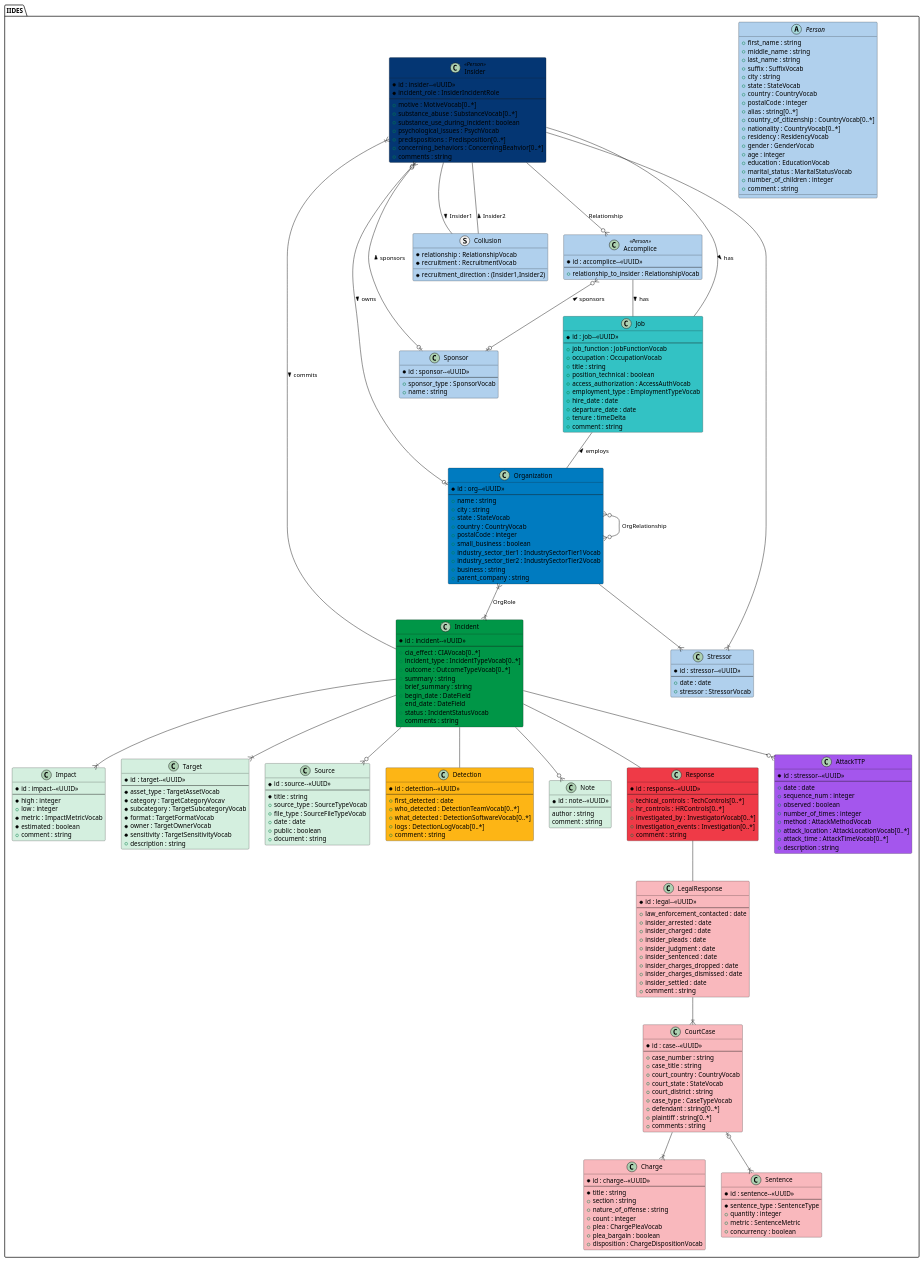
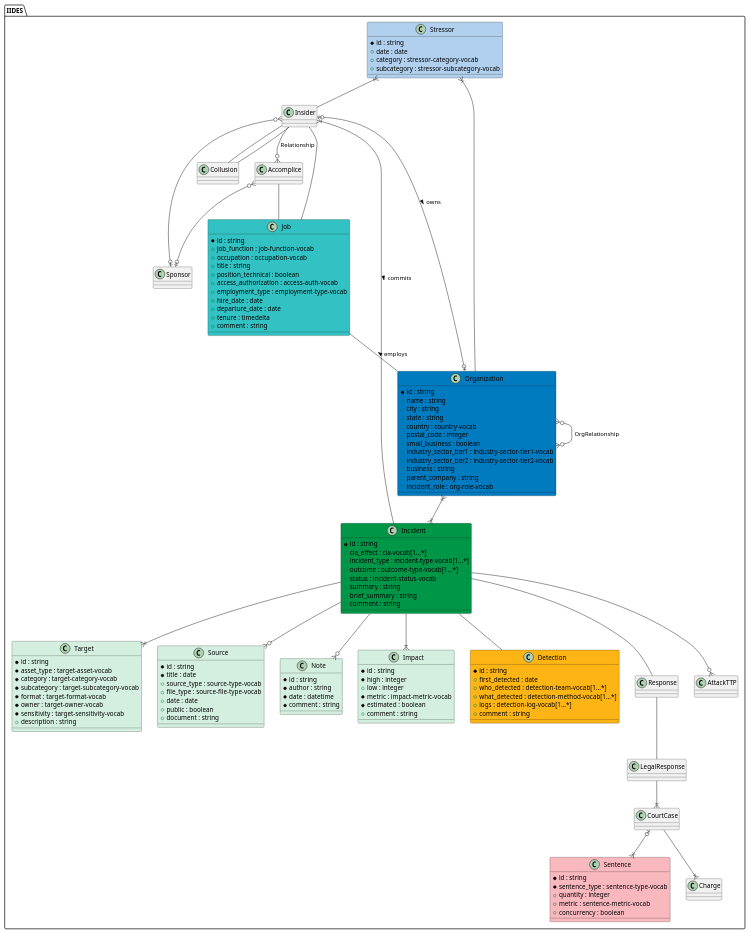
One commit to cmu-sei/iides changed the diagram in UML/source/iides.wsd. Above: the diagram before and after it, drawn with PlantUML. The commit also changed 6 other files, not shown here.

Commit message:
Update UML

```diff
--- a/UML/source/iides.wsd
+++ b/UML/source/iides.wsd
@@ -1,232 +1,111 @@
 @startuml IIDES
 package "IIDES" #fff {
 
-    abstract Person #b0d0ed {
-        + first_name : string
-        + middle_name : string
-        + last_name : string
-        + suffix : SuffixVocab
-        + city : string
-        + state : StateVocab
-        + country : CountryVocab
-        + postalCode : integer
-        + alias : string[0..*]
-        + country_of_citizenship : CountryVocab[0..*]
-        + nationality : CountryVocab[0..*]
-        + residency : ResidencyVocab
-        + gender : GenderVocab
-        + age : integer
-        + education : EducationVocab
-        + marital_status : MaritalStatusVocab
-        + number_of_children : integer
-        + comment : string
-    }
 
-    class Insider <<Person>> #043673 {
-        * id : insider--<<UUID>>
-        * incident_role : InsiderIncidentRole
-        --
-        + motive : MotiveVocab[0..*]
-        + substance_abuse : SubstanceVocab[0..*]
-        + substance_use_during_incident : boolean
-        + psychological_issues : PsychVocab
-        + predispositions : Predisposition[0..*]
-        + concerning_behaviors : ConcerningBeahvior[0..*]
-        + comments : string
-    }
-
-    class Accomplice <<Person>> #b0d0ed {
-        * id : accomplice--<<UUID>>
-        --
-        + relationship_to_insider : RelationshipVocab
-    }
-
-    struct Collusion #b0d0ed {
-        * relationship : RelationshipVocab
-        * recruitment : RecruitmentVocab
-        * recruitment_direction : (Insider1,Insider2)
-    }
-
-    class Organization #007BC0 {
-        * id : org--<<UUID>>
-        --
-        + name : string
-        + city : string
-        + state : StateVocab
-        + country : CountryVocab
-        + postalCode : integer
-        + small_business : boolean
-        + industry_sector_tier1 : IndustrySectorTier1Vocab
-        + industry_sector_tier2 : IndustrySectorTier2Vocab
-        + business : string
-        + parent_company : string
-    }
-
-    class Sponsor #b0d0ed {
-        * id : sponsor--<<UUID>>
-        --
-        + sponsor_type : SponsorVocab
-        + name : string
-    }
-    class Incident #009647 {
-        * id : incident--<<UUID>>
-        --
-        + cia_effect : CIAVocab[0..*]
-        + incident_type : IncidentTypeVocab[0..*]
-        + outcome : OutcomeTypeVocab[0..*]
-        + summary : string
-        + brief_summary : string
-        + begin_date : DateField
-        + end_date : DateField
-        + status : IncidentStatusVocab
-        + comments : string
-    }
-
-    class Job #33c2C4 {
-        * id : job--<<UUID>>
-        --
-        + job_function : JobFunctionVocab
-        + occupation : OccupationVocab
-        + title : string
-        + position_technical : boolean
-        + access_authorization : AccessAuthVocab
-        + employment_type : EmploymentTypeVocab
-        + hire_date : date
-        + departure_date : date
-        + tenure : timeDelta
-        + comment : string
-    }
-    class Impact #D4EFDF {
-        * id : impact--<<UUID>>
-        --
-        * high : integer
-        + low : integer
-        * metric : ImpactMetricVocab
-        * estimated : boolean
-        + comment : string
-    }
-    class Target #D4EFDF {
-        * id : target--<<UUID>>
-        --
-        * asset_type : TargetAssetVocab
-        * category : TargetCategoryVocav
-        * subcategory : TargetSubcategoryVocab
-        * format : TargetFormatVocab
-        * owner : TargetOwnerVocab
-        * sensitivity : TargetSensitivityVocab
-        + description : string
-    }
-    class Source #D4EFDF {
-        * id : source--<<UUID>>
-        --
-        * title : string
-        + source_type : SourceTypeVocab
-        + file_type : SourceFileTypeVocab
-        + date : date
-        + public : boolean
-        + document : string
-    }
-    class CourtCase #f9b8bd {
-        * id : case--<<UUID>>
-        --
-        + case_number : string
-        + case_title : string
-        + court_country : CountryVocab
-        + court_state : StateVocab
-        + court_district : string
-        + case_type : CaseTypeVocab
-        + defendant : string[0..*]
-        + plaintiff : string[0..*]
-        + comments : string
-    }
-    class Charge #f9b8bd {
-        * id : charge--<<UUID>>
-        --
-        * title : string
-        + section : string
-        + nature_of_offense : string
-        + count : integer
-        + plea : ChargePleaVocab
-        + plea_bargain : boolean
-        + disposition : ChargeDispositionVocab
-    }
-    class Sentence #f9b8bd {
-        * id : sentence--<<UUID>>
-        --
-        * sentence_type : SentenceType
-        + quantity : integer
-        + metric : SentenceMetric
-        + concurrency : boolean
-    }
-    class Detection #FDB515 {
-        * id : detection--<<UUID>>
-        --
-        + first_detected : date
-        + who_detected : DetectionTeamVocab[0..*]
-        + what_detected : DetectionSoftwareVocab[0..*]
-        + logs : DetectionLogVocab[0..*]
-        + comment : string
-    }
-    class Note #D4EFDF {
-        * id : note--<<UUID>>
-        --
-        author : string
-        comment : string
-    }
-    class Response #EF3A47 {
-        * id : response--<<UUID>>
-        --
-        + techical_controls : TechControls[0..*]
-        + hr_controls :  HRControls[0..*]
-        + investigated_by : InvestigatorVocab[0..*]
-        + investigation_events : Investigation[0..*]
-        + comment : string
-    }
-    class LegalResponse #f9b8bd {
-        * id : legal--<<UUID>>
-        --
-        + law_enforcement_contacted : date
-        + insider_arrested : date
-        + insider_charged : date
-        + insider_pleads : date
-        + insider_judgment : date
-        + insider_sentenced : date
-        + insider_charges_dropped : date
-        + insider_charges_dismissed : date
-        + insider_settled : date
-        + comment : string
-    }
-    class Stressor #b0d0ed {
-        * id : stressor--<<UUID>>
-        --
-        + date : date
-        + stressor : StressorVocab
-    }
-    class AttackTTP #A456ED {
-        * id : stressor--<<UUID>>
-        --
-        + date : date
-        + sequence_num : integer
-        + observed : boolean
-        + number_of_times : integer
-        + method : AttackMethodVocab
-        + attack_location : AttackLocationVocab[0..*]
-        + attack_time : AttackTimeVocab[0..*]
-        + description : string
-    }
+class Stressor #b0d0ed {
+	* id : string 
+	+ date : date 
+	+ category : stressor-category-vocab 
+	+ subcategory : stressor-subcategory-vocab 
+}
+class Target #D4EFDF {
+	* id : string 
+	* asset_type : target-asset-vocab 
+	* category : target-category-vocab 
+	* subcategory : target-subcategory-vocab 
+	* format : target-format-vocab 
+	* owner : target-owner-vocab 
+	* sensitivity : target-sensitivity-vocab 
+	+ description : string 
+}
+class Incident #009647 {
+	* id : string 
+	+ cia_effect : cia-vocab[1...*] 
+	+ incident_type : incident-type-vocab[1...*] 
+	+ outcome : outcome-type-vocab[1...*] 
+	+ status : incident-status-vocab 
+	+ summary : string 
+	+ brief_summary : string 
+	+ comment : string 
+}
+class Source #D4EFDF {
+	* id : string 
+	* title : date 
+	+ source_type : source-type-vocab 
+	+ file_type : source-file-type-vocab 
+	+ date : date 
+	+ public : boolean 
+	+ document : string 
+}
+class Note #D4EFDF {
+	* id : string 
+	* author : string 
+	* date : datetime 
+	* comment : string 
+}
+class Sentence #f9b8bd {
+	* id : string 
+	* sentence_type : sentence-type-vocab 
+	+ quantity : integer 
+	+ metric : sentence-metric-vocab 
+	+ concurrency : boolean 
+}
+class Job #33c2C4 {
+	* id : string 
+	+ job_function : job-function-vocab 
+	+ occupation : occupation-vocab 
+	+ title : string 
+	+ position_technical : boolean 
+	+ access_authorization : access-auth-vocab 
+	+ employment_type : employment-type-vocab 
+	+ hire_date : date 
+	+ departure_date : date 
+	+ tenure : timedelta 
+	+ comment : string 
+}
+class Impact #D4EFDF {
+	* id : string 
+	* high : integer 
+	+ low : integer 
+	* metric : impact-metric-vocab 
+	* estimated : boolean 
+	+ comment : string 
+}
+class Organization #007BC0 {
+	* id : string 
+	+ name : string 
+	+ city : string 
+	+ state : string 
+	+ country : country-vocab 
+	+ postal_code : integer 
+	+ small_business : boolean 
+	+ industry_sector_tier1 : industry-sector-tier1-vocab 
+	+ industry_sector_tier2 : industry-sector-tier2-vocab 
+	+ business : string 
+	+ parent_company : string 
+	+ incident_role : org-role-vocab 
+}
+class Detection #FDB515 {
+	* id : string 
+	+ first_detected : date 
+	+ who_detected : detection-team-vocab[1...*] 
+	+ what_detected : detection-method-vocab[1...*] 
+	+ logs : detection-log-vocab[1...*] 
+	+ comment : string 
+}
 
     Insider --o{ Accomplice : Relationship
     Incident --|{ Insider : commits <
-    Accomplice -- Job : has >
+    Accomplice -- Job
     Job -- Organization : employs <
-    Insider -- Job : has >
-    Organization }|--|{ Incident : OrgRole
+    Insider -- Job
+    Organization }|--|{ Incident
     Organization }o--o{ Organization : OrgRelationship
-    Insider }o--o| Sponsor : sponsors <
-    Accomplice }o--o| Sponsor : sponsors <
+    Insider }o--o| Sponsor
+    Accomplice }o--o| Sponsor
     Insider |o--o| Organization : owns >
-    Insider -- Collusion : Insider2 <
-    Collusion -- Insider : Insider1 <
+    Insider -- Collusion
+    Collusion -- Insider
     Incident --|{ Impact
     Incident --|{ Target
     Incident --o{ Source
```
